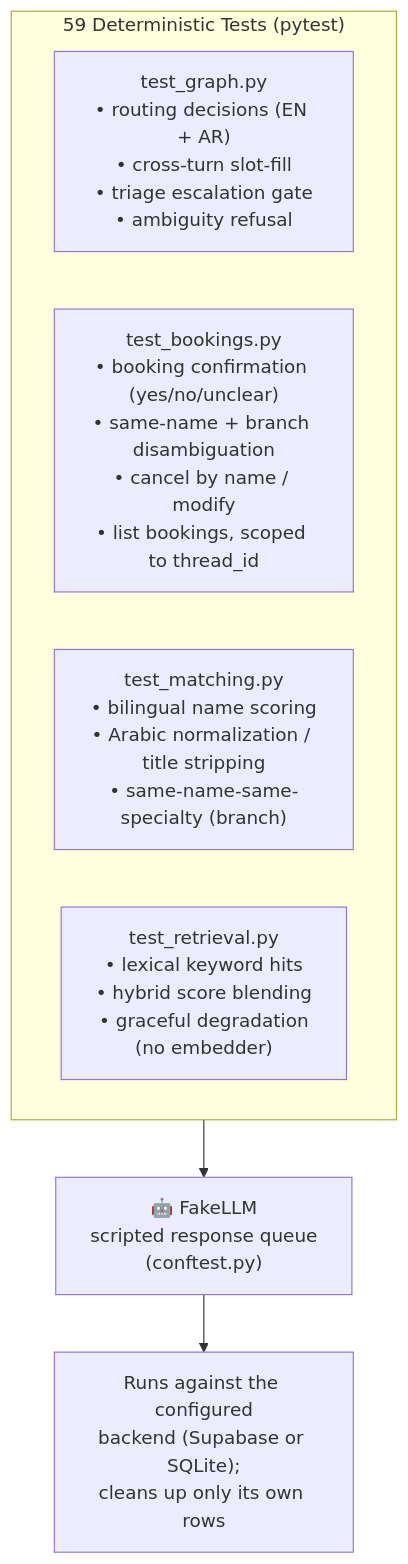
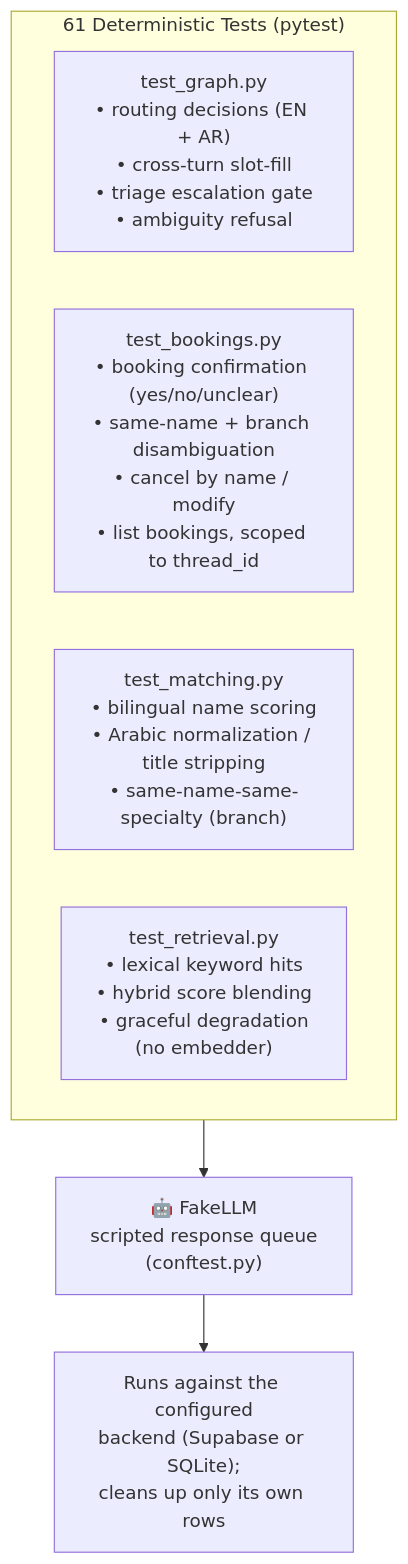
One commit to Geno212/dms-medical-chatbot changed diagram 12 of 13 in docs/SYSTEM_DOCUMENTATION.md. Above: the diagram before and after it, drawn with Mermaid. The commit also changed other lines of this file and 11 other files, not shown here.

````diff
--- a/docs/SYSTEM_DOCUMENTATION.md
+++ b/docs/SYSTEM_DOCUMENTATION.md
@@ -529,15 +529,15 @@
 ```mermaid
 flowchart TB
-    subgraph Suite["59 Deterministic Tests  (pytest)"]
+    subgraph Suite["61 Deterministic Tests  (pytest)"]
         TG["test_graph.py<br/>• routing decisions (EN + AR)<br/>• cross-turn slot-fill<br/>• triage escalation gate<br/>• ambiguity refusal"]
         TB["test_bookings.py<br/>• booking confirmation (yes/no/unclear)<br/>• same-name + branch disambiguation<br/>• cancel by name / modify<br/>• list bookings, scoped to thread_id"]
         TM["test_matching.py<br/>• bilingual name scoring<br/>• Arabic normalization / title stripping<br/>• same-name-same-specialty (branch)"]
         TR["test_retrieval.py<br/>• lexical keyword hits<br/>• hybrid score blending<br/>• graceful degradation<br/>(no embedder)"]
     end
 
     FakeLLM["🤖 FakeLLM<br/>scripted response queue<br/>(conftest.py)"]
     Backend["Runs against the configured<br/>backend (Supabase or SQLite);<br/>cleans up only its own rows"]
 
     Suite --> FakeLLM
     FakeLLM --> Backend
 ```
````
